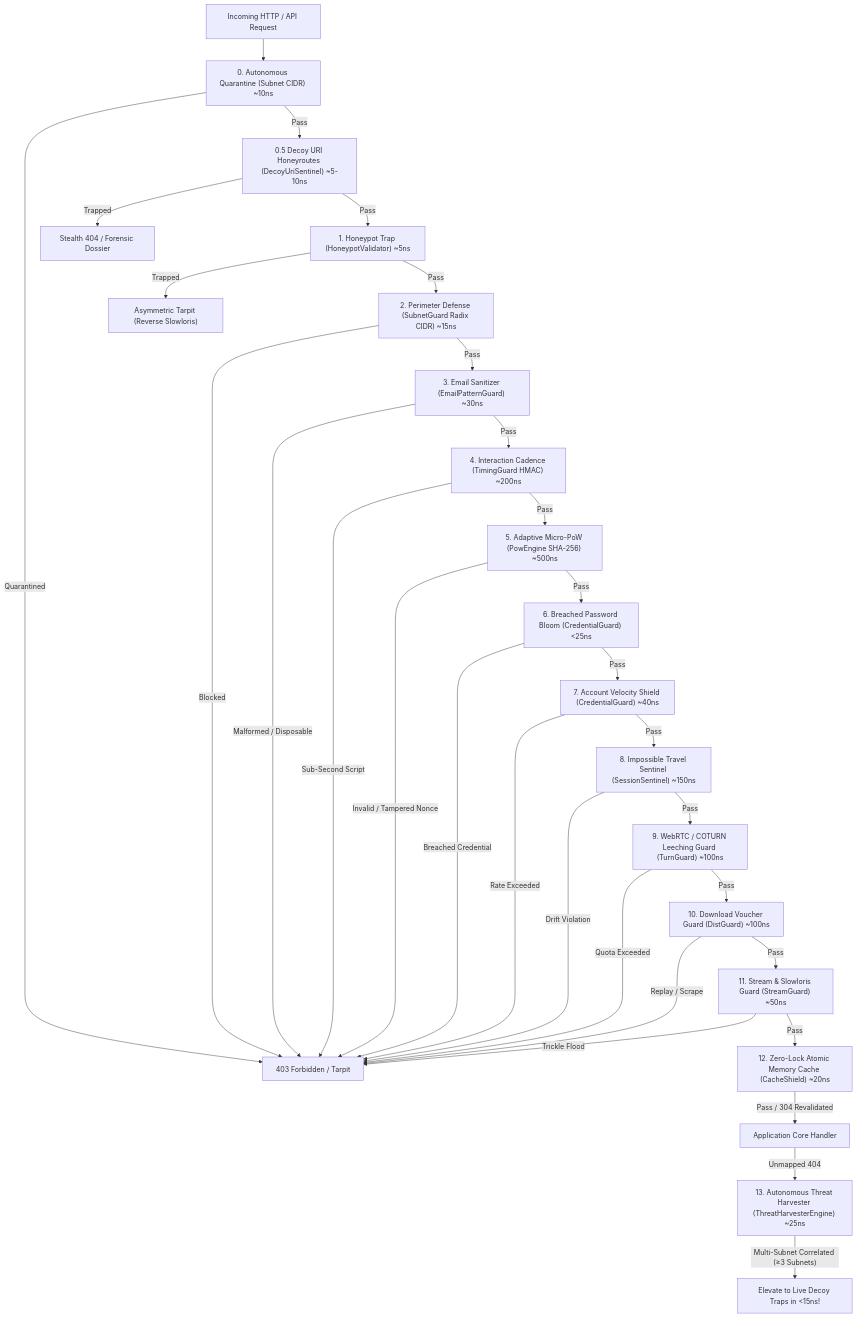
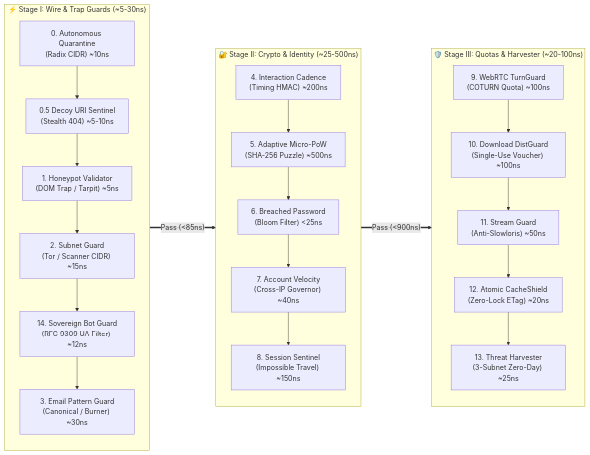
The second of 2 diagrams in README.md (rmediatech/phylax), drawn with Mermaid before and after one commit. The commit also changed other lines of this file, not shown here.

Commit message:
docs(readme): sync v0.2.5 release badge, 122 TDD tests, 14-layer compact Mermaid topology, and zero-scroll code blocks

````diff
--- a/README.md
+++ b/README.md
@@ -118,33 +118,30 @@
 ```mermaid
-flowchart TD
-    REQ["Incoming HTTP / API Request"] --> L0["0. Autonomous Quarantine (Subnet CIDR) ~10ns"]
-    L0 -- Quarantined --> REJ["403 Forbidden / Tarpit"]
-    L0 -- Pass --> L05["0.5 Decoy URI Honeyroutes (DecoyUriSentinel) ~5-10ns"]
-    L05 -- Trapped --> GHOST["Stealth 404 / Forensic Dossier"]
-    L05 -- Pass --> L1["1. Honeypot Trap (HoneypotValidator) ~5ns"]
-    L1 -- Trapped --> TARPIT["Asymmetric Tarpit (Reverse Slowloris)"]
-    L1 -- Pass --> L2["2. Perimeter Defense (SubnetGuard Radix CIDR) ~15ns"]
-    L2 -- Blocked --> REJ
-    L2 -- Pass --> L3["3. Email Sanitizer (EmailPatternGuard) ~30ns"]
-    L3 -- Malformed / Disposable --> REJ
-    L3 -- Pass --> L4["4. Interaction Cadence (TimingGuard HMAC) ~200ns"]
-    L4 -- Sub-Second Script --> REJ
-    L4 -- Pass --> L5["5. Adaptive Micro-PoW (PowEngine SHA-256) ~500ns"]
-    L5 -- Invalid / Tampered Nonce --> REJ
-    L5 -- Pass --> L6["6. Breached Password Bloom (CredentialGuard) <25ns"]
-    L6 -- Breached Credential --> REJ
-    L6 -- Pass --> L7["7. Account Velocity Shield (CredentialGuard) ~40ns"]
-    L7 -- Rate Exceeded --> REJ
-    L7 -- Pass --> L8["8. Impossible Travel Sentinel (SessionSentinel) ~150ns"]
-    L8 -- Drift Violation --> REJ
-    L8 -- Pass --> L9["9. WebRTC / COTURN Leeching Guard (TurnGuard) ~100ns"]
-    L9 -- Quota Exceeded --> REJ
-    L9 -- Pass --> L10["10. Download Voucher Guard (DistGuard) ~100ns"]
-    L10 -- Replay / Scrape --> REJ
-    L10 -- Pass --> L11["11. Stream & Slowloris Guard (StreamGuard) ~50ns"]
-    L11 -- Trickle Flood --> REJ
-    L11 -- Pass --> L12["12. Zero-Lock Atomic Memory Cache (CacheShield) ~20ns"]
-    L12 -- Pass / 304 Revalidated --> HANDLER["Application Core Handler"]
-    HANDLER -- Unmapped 404 --> L13["13. Autonomous Threat Harvester (ThreatHarvesterEngine) ~25ns"]
-    L13 -- Multi-Subnet Correlated (≥3 Subnets) --> ELEVATE["Elevate to Live Decoy Traps in <15ns!"]
+flowchart LR
+    subgraph Stage1 ["⚡ Stage I: Wire & Trap Guards (~5-30ns)"]
+        direction TB
+        L0["0. Autonomous Quarantine\n(Radix CIDR) ~10ns"] --> L05["0.5 Decoy URI Sentinel\n(Stealth 404) ~5-10ns"]
+        L05 --> L1["1. Honeypot Validator\n(DOM Trap / Tarpit) ~5ns"]
+        L1 --> L2["2. Subnet Guard\n(Tor / Scanner CIDR) ~15ns"]
+        L2 --> L14["14. Sovereign Bot Guard\n(RFC 9309 UA Filter) ~12ns"]
+        L14 --> L3["3. Email Pattern Guard\n(Canonical / Burner) ~30ns"]
+    end
+
+    subgraph Stage2 ["🔐 Stage II: Crypto & Identity (~25-500ns)"]
+        direction TB
+        L4["4. Interaction Cadence\n(Timing HMAC) ~200ns"] --> L5["5. Adaptive Micro-PoW\n(SHA-256 Puzzle) ~500ns"]
+        L5 --> L6["6. Breached Password\n(Bloom Filter) <25ns"]
+        L6 --> L7["7. Account Velocity\n(Cross-IP Governor) ~40ns"]
+        L7 --> L8["8. Session Sentinel\n(Impossible Travel) ~150ns"]
+    end
+
+    subgraph Stage3 ["🛡️ Stage III: Quotas & Harvester (~20-100ns)"]
+        direction TB
+        L9["9. WebRTC TurnGuard\n(COTURN Quota) ~100ns"] --> L10["10. Download DistGuard\n(Single-Use Voucher) ~100ns"]
+        L10 --> L11["11. Stream Guard\n(Anti-Slowloris) ~50ns"]
+        L11 --> L12["12. Atomic CacheShield\n(Zero-Lock ETag) ~20ns"]
+        L12 --> L13["13. Threat Harvester\n(3-Subnet Zero-Day) ~25ns"]
+    end
+
+    Stage1 ==>|"Pass (<85ns)"| Stage2
+    Stage2 ==>|"Pass (<900ns)"| Stage3
 ```
````
